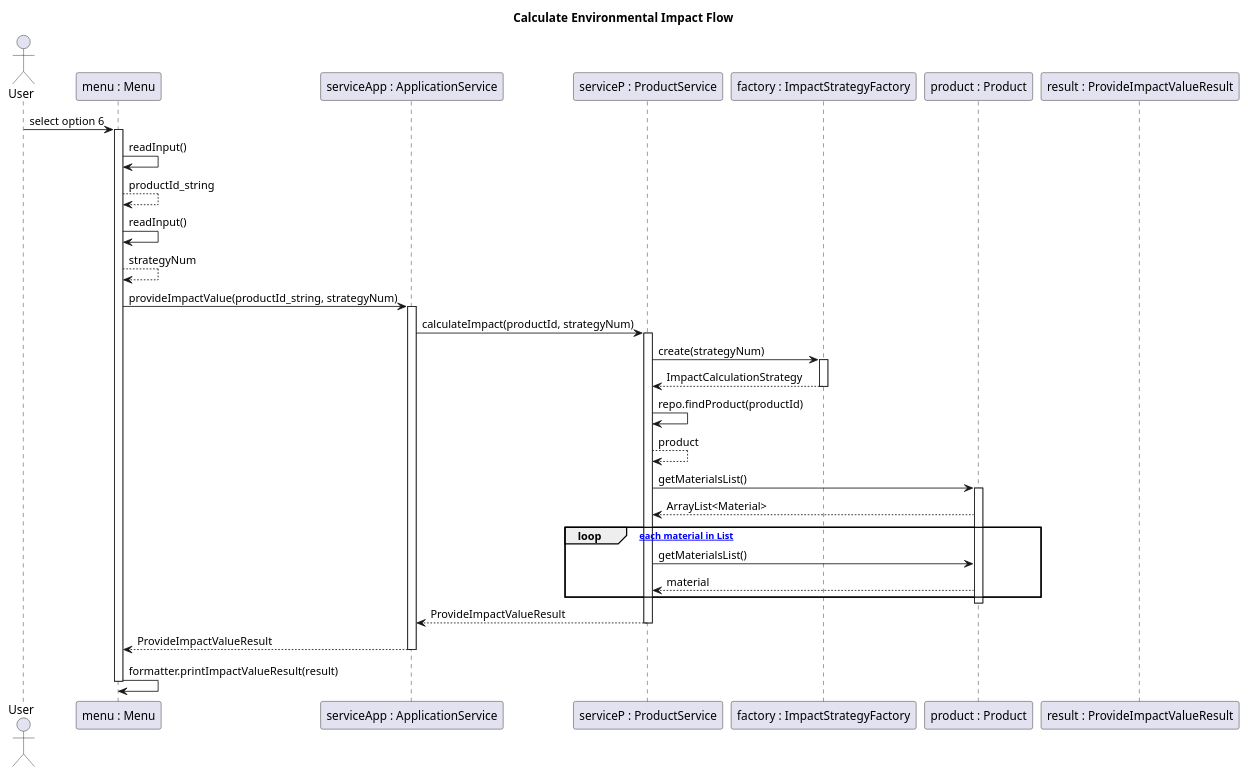
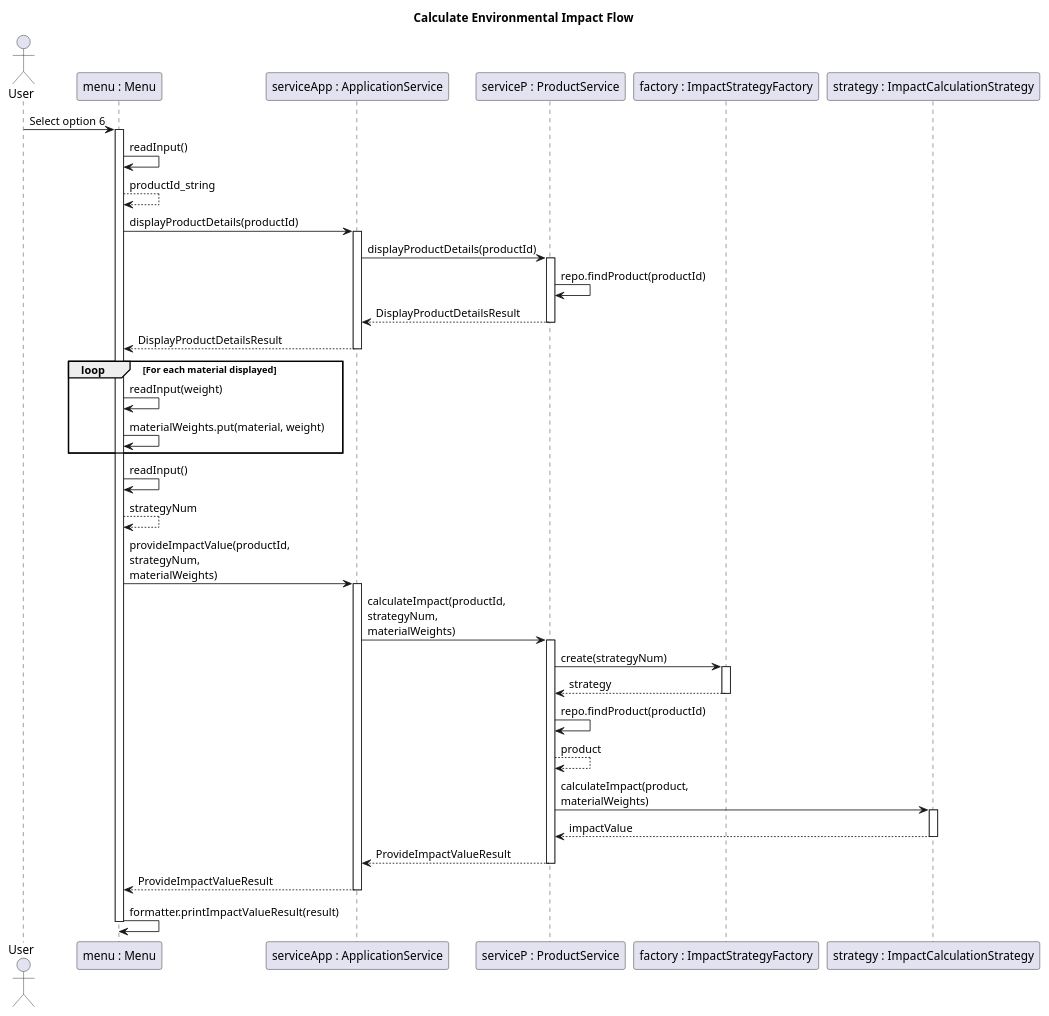
One commit to NascentKiosk/Sustainable-Product-and-Recycling-Management-System changed the diagram in docs/sequence-diagram.puml. Above: the diagram before and after it, drawn with PlantUML.

Commit message:
Revised sequence diagram for environmental impact calculation
Updated sequence diagram to reflect changes in method calls and added strategy participant.

```diff
--- a/docs/sequence-diagram.puml
+++ b/docs/sequence-diagram.puml
@@ -2,58 +1,85 @@
 @startuml
 
 title Calculate Environmental Impact Flow
 
 actor User
 
 participant "menu : Menu" as Menu
 participant "serviceApp : ApplicationService" as AppService
 participant "serviceP : ProductService" as ProductService
 participant "factory : ImpactStrategyFactory" as Factory
-participant "product : Product" as Product
-participant "result : ProvideImpactValueResult" as Result
+participant "strategy : ImpactCalculationStrategy" as Strategy
 
-User -> Menu : select option 6
+User -> Menu : Select option 6
 activate Menu
 
+' STEP 2 - Product ID Input
 Menu -> Menu : readInput()
 Menu --> Menu : productId_string
 
+' STEP 3
+Menu -> AppService : displayProductDetails(productId)
+activate AppService
+
+' STEP 4
+AppService -> ProductService : displayProductDetails(productId)
+activate ProductService
+
+' STEP 5
+ProductService -> ProductService : repo.findProduct(productId)
+ProductService --> AppService : DisplayProductDetailsResult
+
+deactivate ProductService
+
+AppService --> Menu : DisplayProductDetailsResult
+deactivate AppService
+
+' STEP 6 - Material Weights Input
+loop For each material displayed
+    Menu -> Menu : readInput(weight)
+    Menu -> Menu : materialWeights.put(material, weight)
+end
+
+' STEP 7 - Strategy Selection
 Menu -> Menu : readInput()
 Menu --> Menu : strategyNum
 
-Menu -> AppService : provideImpactValue(productId_string, strategyNum)
+' STEP 8
+Menu -> AppService : provideImpactValue(productId,\nstrategyNum,\nmaterialWeights)
 activate AppService
 
-AppService -> ProductService : calculateImpact(productId, strategyNum)
+' STEP 9
+AppService -> ProductService : calculateImpact(productId,\nstrategyNum,\nmaterialWeights)
 activate ProductService
 
+' STEP 10
 ProductService -> Factory : create(strategyNum)
 activate Factory
-Factory --> ProductService : ImpactCalculationStrategy
+
+Factory --> ProductService : strategy
 deactivate Factory
 
+' STEP 11
 ProductService -> ProductService : repo.findProduct(productId)
 ProductService --> ProductService : product
 
-ProductService -> Product : getMaterialsList()
-activate Product
-Product --> ProductService : ArrayList<Material>
+' STEP 12
+ProductService -> Strategy : calculateImpact(product,\nmaterialWeights)
+activate Strategy
 
-loop [for each material in List]
-    ProductService -> Product : getMaterialsList()
-    Product --> ProductService : material
-end
+Strategy --> ProductService : impactValue
+deactivate Strategy
 
-deactivate Product
-
+' STEP 13
 ProductService --> AppService : ProvideImpactValueResult
 deactivate ProductService
 
 AppService --> Menu : ProvideImpactValueResult
 deactivate AppService
 
+' STEP 14
 Menu -> Menu : formatter.printImpactValueResult(result)
 
 deactivate Menu
 
 @enduml
```
